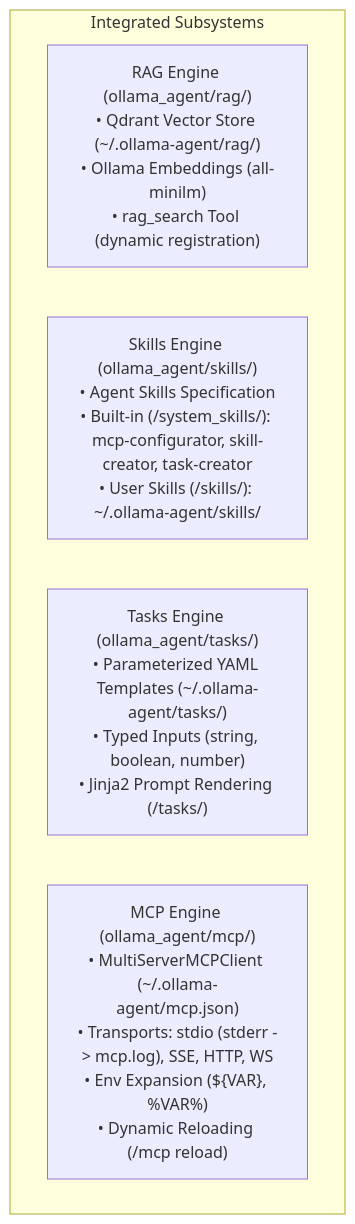
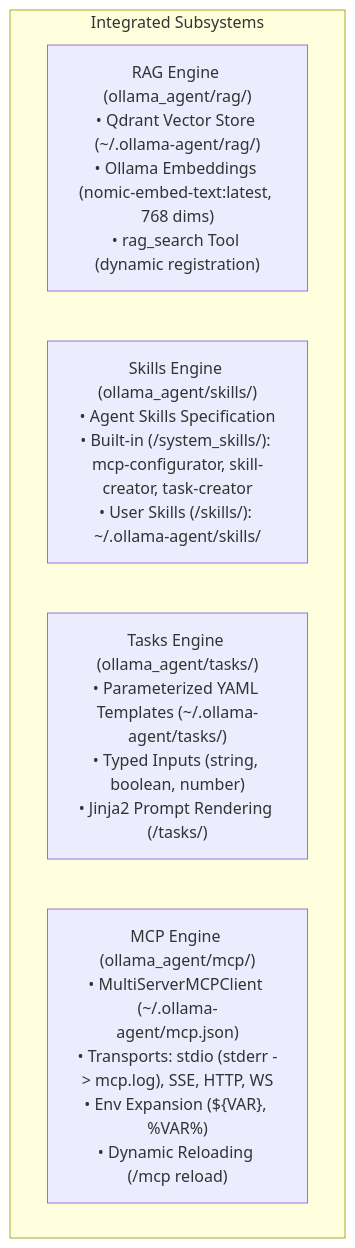
One commit to arrase/ollama-agent changed the tenth of 11 diagrams in docs/architecture.md. Above: the diagram before and after it, drawn with Mermaid. The commit also changed other lines of this file and 15 other files, not shown here.

````diff
--- a/docs/architecture.md
+++ b/docs/architecture.md
@@ -327,9 +365,9 @@
 ```mermaid
 flowchart TD
     subgraph Subsystems ["Integrated Subsystems"]
-        RAG["RAG Engine (ollama_agent/rag/)\n• Qdrant Vector Store (~/.ollama-agent/rag/)\n• Ollama Embeddings (all-minilm)\n• rag_search Tool (dynamic registration)"]
+        RAG["RAG Engine (ollama_agent/rag/)\n• Qdrant Vector Store (~/.ollama-agent/rag/)\n• Ollama Embeddings (nomic-embed-text:latest, 768 dims)\n• rag_search Tool (dynamic registration)"]
         Skills["Skills Engine (ollama_agent/skills/)\n• Agent Skills Specification\n• Built-in (/system_skills/): mcp-configurator, skill-creator, task-creator\n• User Skills (/skills/): ~/.ollama-agent/skills/"]
         Tasks["Tasks Engine (ollama_agent/tasks/)\n• Parameterized YAML Templates (~/.ollama-agent/tasks/)\n• Typed Inputs (string, boolean, number)\n• Jinja2 Prompt Rendering (/tasks/)"]
         MCP["MCP Engine (ollama_agent/mcp/)\n• MultiServerMCPClient (~/.ollama-agent/mcp.json)\n• Transports: stdio (stderr -> mcp.log), SSE, HTTP, WS\n• Env Expansion (${VAR}, %VAR%)\n• Dynamic Reloading (/mcp reload)"]
     end
 ```
````
